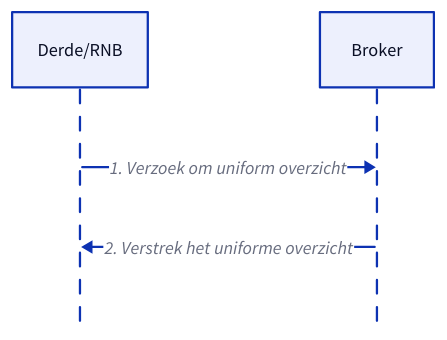
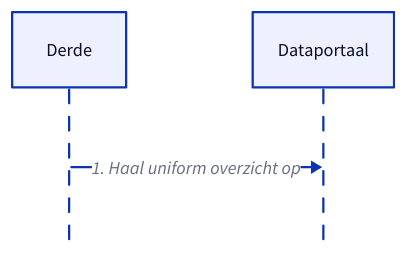
Before and after one commit to Netbeheer-Nederland/solution-designs: the diagram in src/docs/modules/ROOT/partials/diagrams/detectie/gebruiksscenario-centraal.d2, drawn with D2. The commit also changed 1 other file, not shown here.

```diff
--- a/src/docs/modules/ROOT/partials/diagrams/detectie/gebruiksscenario-centraal.d2
+++ b/src/docs/modules/ROOT/partials/diagrams/detectie/gebruiksscenario-centraal.d2
@@ -1,13 +1,12 @@
 vars: {
   d2-config: {
     pad: 20
   }
 }
 
 shape: sequence_diagram
 
-"DRNB": "Derde/RNB"
-"CDO": "Broker"
+"Derde": "Derde"
+"Dataportaal": "Dataportaal"
 
-"DRNB" -> "CDO": "1. Verzoek om uniform overzicht"
-"CDO" -> "DRNB": "2. Verstrek het uniforme overzicht"
+"Derde" -> "Dataportaal": "1. Haal uniform overzicht op"
```
